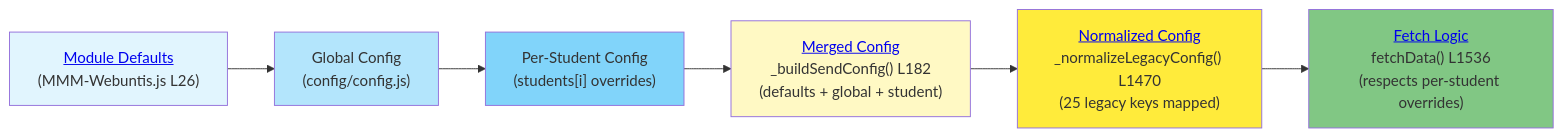
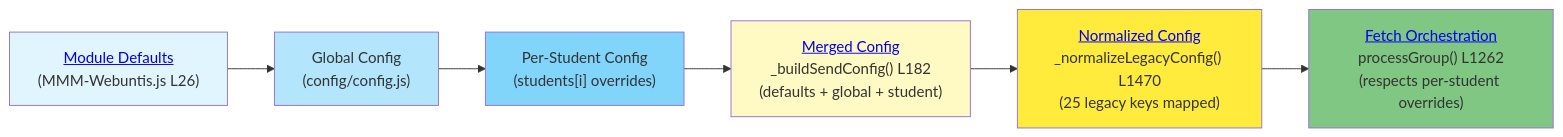
The eighth of 13 diagrams in docs/ARCHITECTURE.md (HeikoGr/MMM-Webuntis), drawn with Mermaid before and after one commit. The commit also changed other lines of this file and 16 other files, not shown here.

````diff
--- a/docs/ARCHITECTURE.md
+++ b/docs/ARCHITECTURE.md
@@ -679,16 +680,16 @@
 ```mermaid
 graph LR
-    Defaults["<a href='https://github.com/HeikoGr/MMM-Webuntis/blob/master/MMM-Webuntis.js#L26-L120'>Module Defaults</a><br/>(MMM-Webuntis.js L26)"]:::defaults
+    Defaults["<a href='../MMM-Webuntis.js#L26-L120'>Module Defaults</a><br/>(MMM-Webuntis.js L26)"]:::defaults
     --> GlobalConf["Global Config<br/>(config/config.js)"]:::global
     --> StudentConf["Per-Student Config<br/>(students[i] overrides)"]:::student
-    --> Merged["<a href='https://github.com/HeikoGr/MMM-Webuntis/blob/master/MMM-Webuntis.js#L182'>Merged Config</a><br/>_buildSendConfig() L182<br/>(defaults + global + student)"]:::merged
-    --> Normalized["<a href='https://github.com/HeikoGr/MMM-Webuntis/blob/master/node_helper.js#L1470'>Normalized Config</a><br/>_normalizeLegacyConfig() L1470<br/>(25 legacy keys mapped)"]:::normalized
-    --> FetchLogic["<a href='https://github.com/HeikoGr/MMM-Webuntis/blob/master/node_helper.js#L1536'>Fetch Logic</a><br/>fetchData() L1536<br/>(respects per-student overrides)"]:::fetch
+    --> Merged["<a href='../MMM-Webuntis.js#L182'>Merged Config</a><br/>_buildSendConfig() L182<br/>(defaults + global + student)"]:::merged
+    --> Normalized["<a href='../node_helper.js#L1470'>Normalized Config</a><br/>_normalizeLegacyConfig() L1470<br/>(25 legacy keys mapped)"]:::normalized
+    --> FetchLogic["<a href='../node_helper.js#L1262'>Fetch Orchestration</a><br/>processGroup() L1262<br/>(respects per-student overrides)"]:::fetch
 
     classDef defaults fill:#e1f5fe
     classDef global fill:#b3e5fc
     classDef student fill:#81d4fa
     classDef merged fill:#fff9c4
     classDef normalized fill:#ffeb3b
     classDef fetch fill:#81c784
 ```
````
